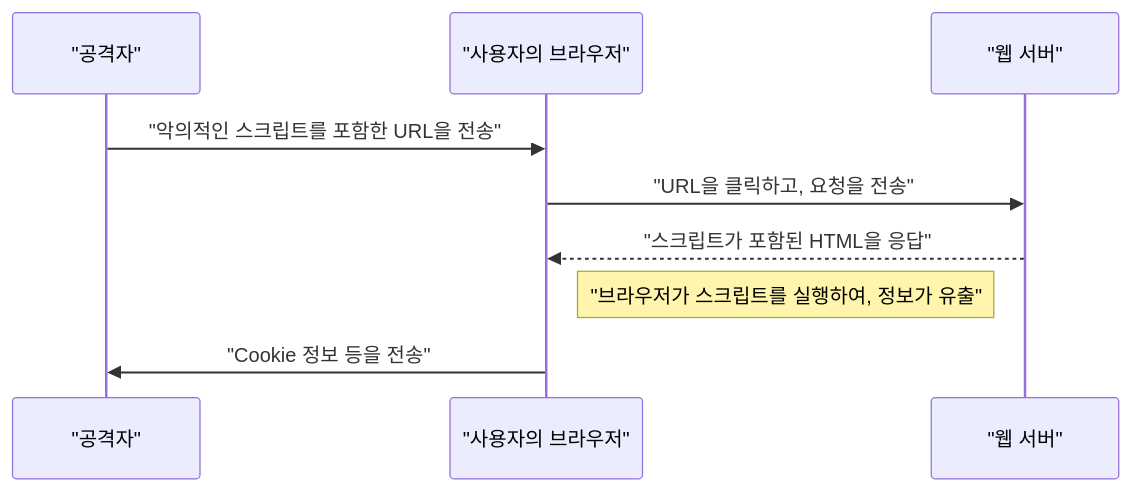
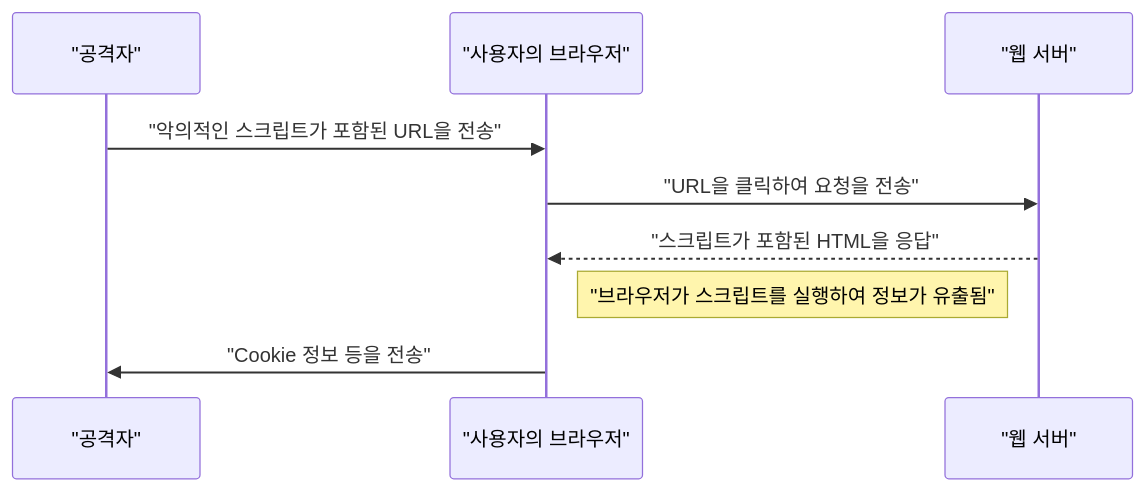
One commit to kenjinote/blog changed the first of 2 diagrams in content/post/web-application-vulnerability-owasp-top-10/index.ko.md. Above: the diagram before and after it, drawn with Mermaid. The commit also changed other lines of this file and 12 other files, not shown here.

````diff
--- a/content/post/web-application-vulnerability-owasp-top-10/index.ko.md
+++ b/content/post/web-application-vulnerability-owasp-top-10/index.ko.md
@@ -170,12 +170,12 @@
 ```mermaid
 sequenceDiagram
     participant "공격자"
     participant "사용자의 브라우저"
     participant "웹 서버"
 
-    "공격자"->>"사용자의 브라우저": "악의적인 스크립트를 포함한 URL을 전송"
-    "사용자의 브라우저"->>"웹 서버": "URL을 클릭하고, 요청을 전송"
+    "공격자"->>"사용자의 브라우저": "악의적인 스크립트가 포함된 URL을 전송"
+    "사용자의 브라우저"->>"웹 서버": "URL을 클릭하여 요청을 전송"
     "웹 서버"-->>"사용자의 브라우저": "스크립트가 포함된 HTML을 응답"
-    Note right of "사용자의 브라우저": "브라우저가 스크립트를 실행하여, 정보가 유출"
+    Note right of "사용자의 브라우저": "브라우저가 스크립트를 실행하여 정보가 유출됨"
     "사용자의 브라우저"->>"공격자": "Cookie 정보 등을 전송"
 ```
````
